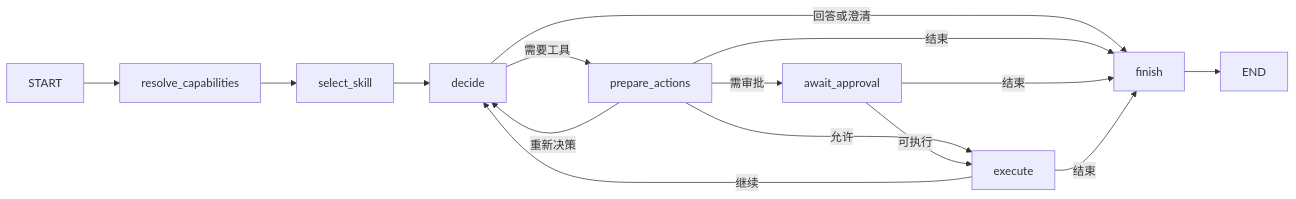
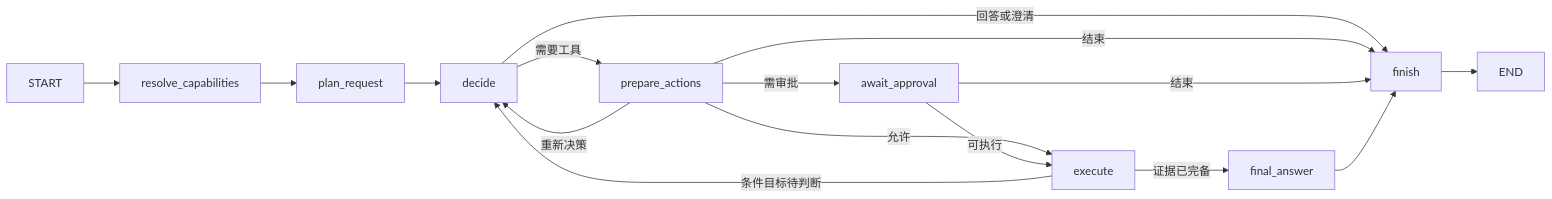
One commit to JChengPro/ops_agent_chat changed the third of 4 diagrams in docs/architecture/CURRENT_DESIGN.md. Above: the diagram before and after it, drawn with Mermaid. The commit also changed other lines of this file and 14 other files, not shown here.

````diff
--- a/docs/architecture/CURRENT_DESIGN.md
+++ b/docs/architecture/CURRENT_DESIGN.md
@@ -173,17 +173,18 @@
 ```mermaid
 flowchart LR
     START --> Resolve[resolve_capabilities]
-    Resolve --> Skill[select_skill]
-    Skill --> Decide[decide]
+    Resolve --> Plan[plan_request]
+    Plan --> Decide[decide]
     Decide -->|需要工具| Prepare[prepare_actions]
     Decide -->|回答或澄清| Finish[finish]
     Prepare -->|需审批| Approval[await_approval]
     Prepare -->|允许| Execute[execute]
     Prepare -->|重新决策| Decide
     Prepare -->|结束| Finish
     Approval -->|可执行| Execute
     Approval -->|结束| Finish
-    Execute -->|继续| Decide
-    Execute -->|结束| Finish
+    Execute -->|条件目标待判断| Decide
+    Execute -->|证据已完备| Final[final_answer]
+    Final --> Finish
     Finish --> END
 ```
````
